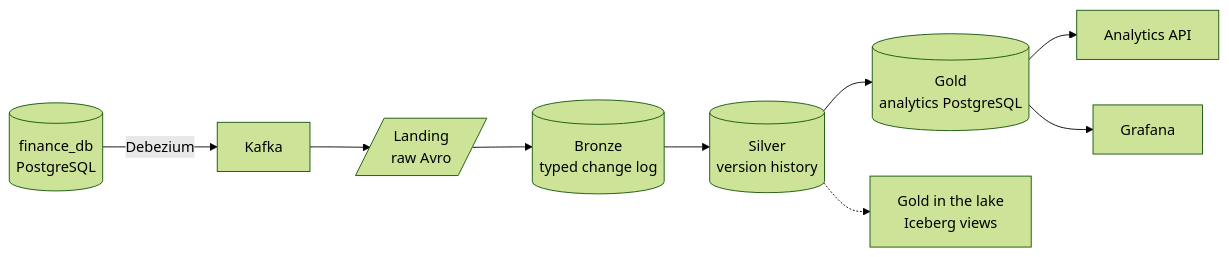
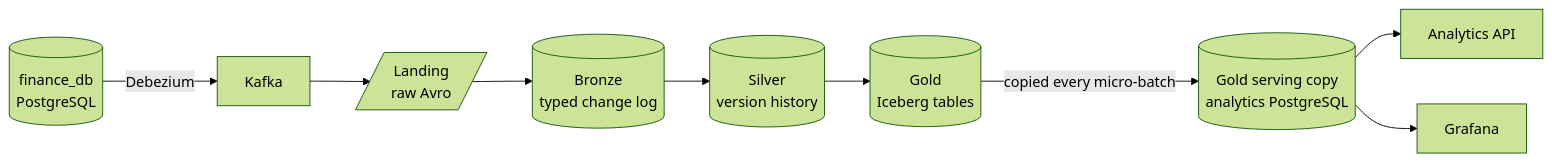
The diagram in docs/README.md (jonathan5p/deel-home-task), drawn with Mermaid (forest theme) before and after one commit. The commit also changed other lines of this file and 2 other files, not shown here.

Commit message:
docs: update the README, docs home and code layout for gold on Iceberg

````diff
--- a/docs/README.md
+++ b/docs/README.md
@@ -13,9 +13,9 @@
 ```mermaid
 flowchart LR
     source[("finance_db<br/>PostgreSQL")] -->|Debezium| kafka[Kafka]
     kafka --> landing[/"Landing<br/>raw Avro"/] --> bronze[("Bronze<br/>typed change log")] --> silver[("Silver<br/>version history")]
-    silver --> gold[("Gold<br/>analytics PostgreSQL")]
-    silver -.-> lakegold["Gold in the lake<br/>Iceberg views"]
+    silver --> lakegold[("Gold<br/>Iceberg tables")]
+    lakegold -->|copied every micro-batch| gold[("Gold serving copy<br/>analytics PostgreSQL")]
     gold --> api[Analytics API]
     gold --> grafana[Grafana]
 ```
````
